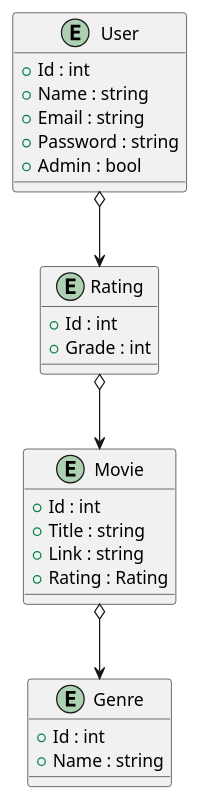
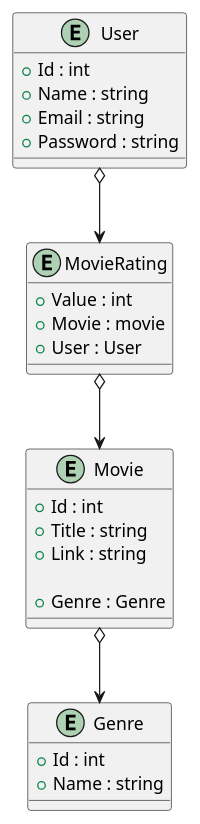
Before and after one commit to IlyaFreydkin/Triple-A: the diagram in UML/model.puml, drawn with PlantUML.

Commit message:
Ilya Freydkin

```diff
--- a/UML/model.puml
+++ b/UML/model.puml
@@ -1,41 +1,43 @@
 @startuml "Model"
 
 
 entity Movie{
     +Id : int 
     + Title : string
     +Link : string
-    + Rating : Rating
+    
+    + Genre : Genre
 }
 entity User{
 
     +Id : int
     +Name : string
     +Email : string
     +Password : string
-    + Admin : bool
+   
    
 }
 
 
 
 
 entity Genre{
 
 + Id : int
 + Name : string
 
 }
 
-entity Rating{
-+ Id : int
-+Grade : int
+entity MovieRating{
++ Value : int
++ Movie : movie
++ User : User
 
 
 
 }
-User o--> Rating
-Rating o--> Movie
+User o--> MovieRating
+MovieRating o--> Movie
 Movie o--> Genre
 
 @enduml
```
